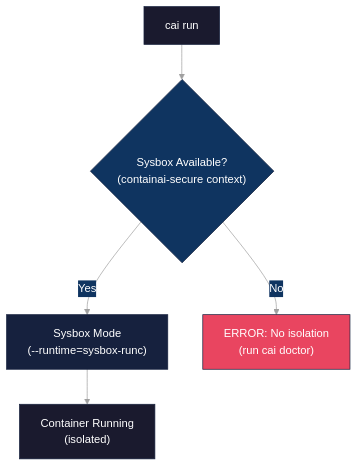
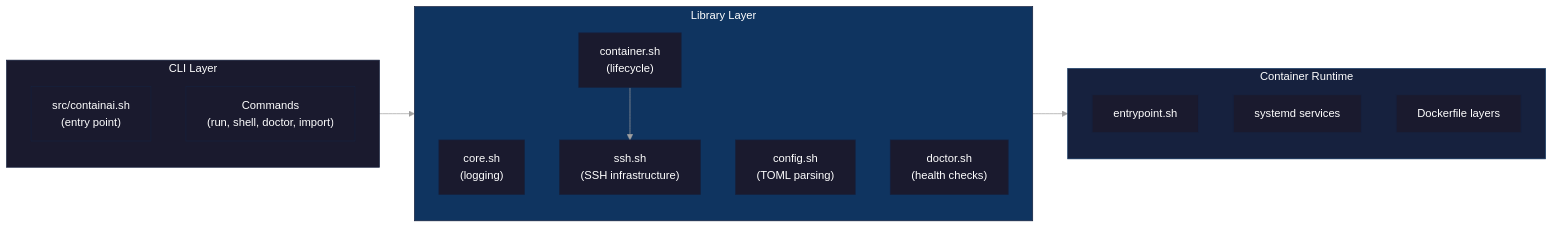
One commit to novotnyllc/ContainAI changed the seventh of 11 diagrams in docs/architecture.md. Above: the diagram before and after it, drawn with Mermaid. The commit also changed other lines of this file, not shown here.

First line of the commit message:
docs(architecture): rewrite with system container architecture

````diff
--- a/docs/architecture.md
+++ b/docs/architecture.md
@@ -184,25 +418,42 @@
 ```mermaid
 %%{init: {'theme': 'base', 'themeVariables': {
   'primaryColor': '#1a1a2e',
   'primaryTextColor': '#ffffff',
   'primaryBorderColor': '#16213e',
   'secondaryColor': '#0f3460',
   'tertiaryColor': '#1a1a2e',
   'lineColor': '#a0a0a0',
   'textColor': '#ffffff',
   'background': '#0d1117'
 }}}%%
-flowchart TD
-    Start["cai run"] --> SysboxCheck{"Sysbox Available?<br/>(containai-secure context)"}
+flowchart LR
+    subgraph CLI["CLI Layer"]
+        direction TB
+        Main["src/containai.sh<br/>(entry point)"]
+        Cmds["Commands<br/>(run, shell, doctor, import)"]
+    end
 
-    SysboxCheck -->|Yes| Sysbox["Sysbox Mode<br/>(--runtime=sysbox-runc)"]
-    SysboxCheck -->|No| Fail["ERROR: No isolation<br/>(run cai doctor)"]
+    subgraph Lib["Library Layer"]
+        direction TB
+        Core["core.sh<br/>(logging)"]
+        SSH["ssh.sh<br/>(SSH infrastructure)"]
+        Container["container.sh<br/>(lifecycle)"]
+        Config["config.sh<br/>(TOML parsing)"]
+        Doctor["doctor.sh<br/>(health checks)"]
+    end
 
-    Sysbox --> Container["Container Running<br/>(isolated)"]
+    subgraph Runtime["Container Runtime"]
+        direction TB
+        Entry["entrypoint.sh"]
+        Services["systemd services"]
+        Dockerfile["Dockerfile layers"]
+    end
 
-    style Start fill:#1a1a2e,stroke:#16213e,color:#fff
-    style SysboxCheck fill:#0f3460,stroke:#16213e,color:#fff
-    style Sysbox fill:#16213e,stroke:#16213e,color:#fff
-    style Fail fill:#e94560,stroke:#16213e,color:#fff
-    style Container fill:#1a1a2e,stroke:#16213e,color:#fff
+    Main --> Lib
+    Container --> SSH
+    Container --> Entry
+
+    style CLI fill:#1a1a2e,stroke:#16213e,color:#fff
+    style Lib fill:#0f3460,stroke:#16213e,color:#fff
+    style Runtime fill:#16213e,stroke:#0f3460,color:#fff
 ```
````
